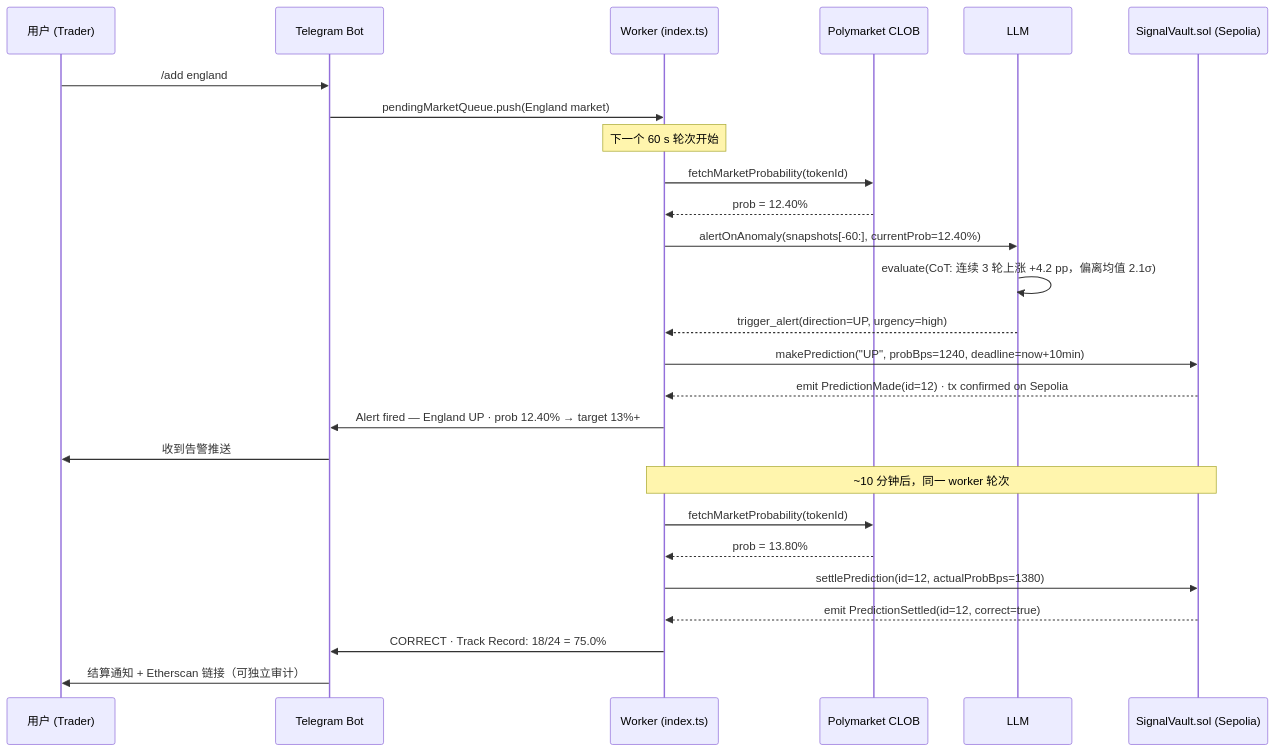
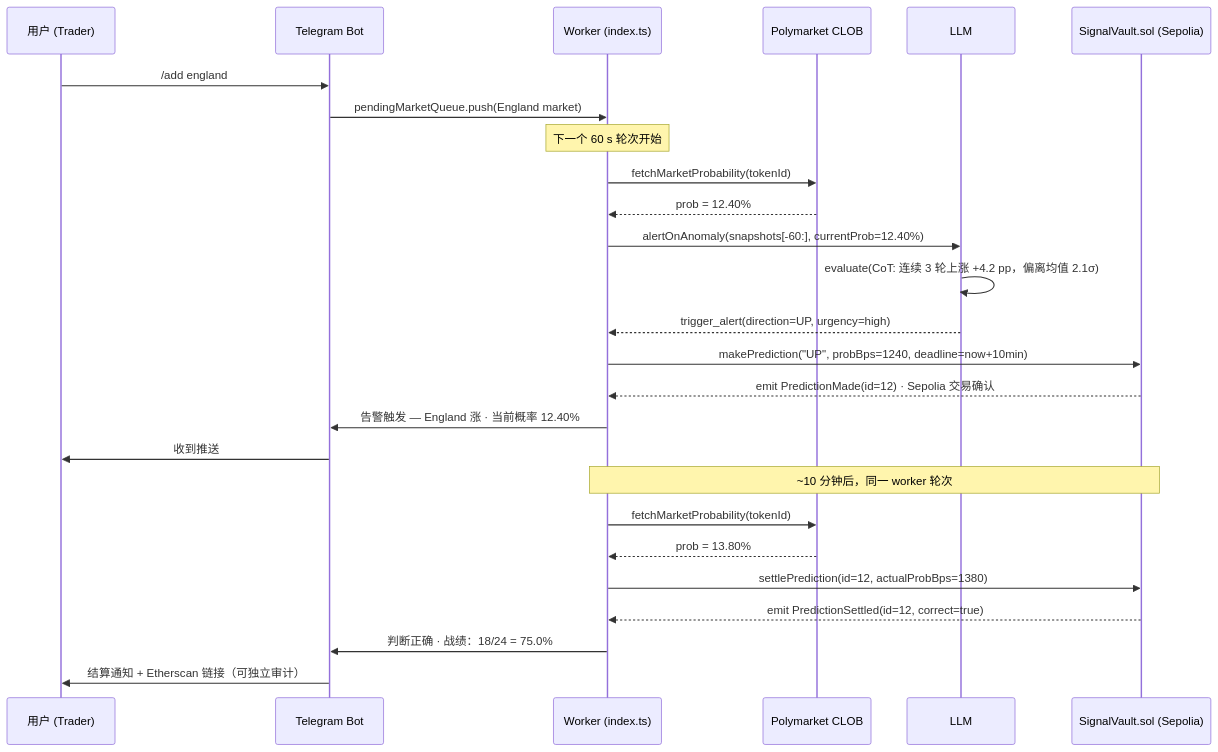
Before and after one commit to ljwbpng09/hackcamp-w2-signal-vault: the second of 2 diagrams in README.md, drawn with Mermaid. The commit also changed other lines of this file and 1 other file, not shown here.

````diff
--- a/README.md
+++ b/README.md
@@ -84,37 +85,37 @@
 ```mermaid
 sequenceDiagram
     participant Trader as 用户 (Trader)
     participant Bot as Telegram Bot
     participant W as Worker (index.ts)
     participant P as Polymarket CLOB
     participant L as LLM
     participant C as SignalVault.sol (Sepolia)
 
     Trader->>Bot: /add england
     Bot->>W: pendingMarketQueue.push(England market)
     Note over W: 下一个 60 s 轮次开始
 
     W->>P: fetchMarketProbability(tokenId)
     P-->>W: prob = 12.40%
 
     W->>L: alertOnAnomaly(snapshots[-60:], currentProb=12.40%)
     L->>L: evaluate(CoT: 连续 3 轮上涨 +4.2 pp，偏离均值 2.1σ)
     L-->>W: trigger_alert(direction=UP, urgency=high)
 
     W->>C: makePrediction("UP", probBps=1240, deadline=now+10min)
-    C-->>W: emit PredictionMade(id=12) · tx confirmed on Sepolia
+    C-->>W: emit PredictionMade(id=12) · Sepolia 交易确认
 
-    W->>Bot: Alert fired — England UP · prob 12.40% → target 13%+
-    Bot->>Trader: 收到告警推送
+    W->>Bot: 告警触发 — England 涨 · 当前概率 12.40%
+    Bot->>Trader: 收到推送
 
     Note over W,C: ~10 分钟后，同一 worker 轮次
 
     W->>P: fetchMarketProbability(tokenId)
     P-->>W: prob = 13.80%
 
     W->>C: settlePrediction(id=12, actualProbBps=1380)
     C-->>W: emit PredictionSettled(id=12, correct=true)
 
-    W->>Bot: CORRECT · Track Record: 18/24 = 75.0%
+    W->>Bot: 判断正确 · 战绩：18/24 = 75.0%
     Bot->>Trader: 结算通知 + Etherscan 链接（可独立审计）
 ```
````
